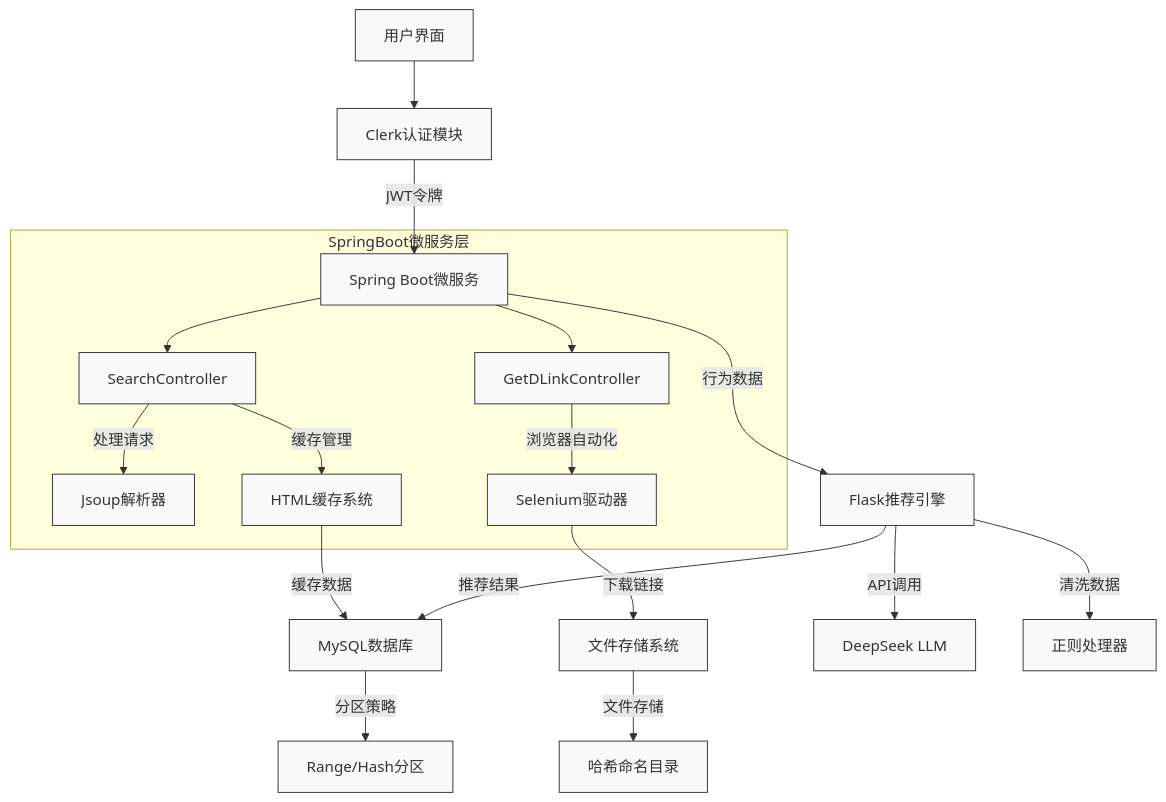
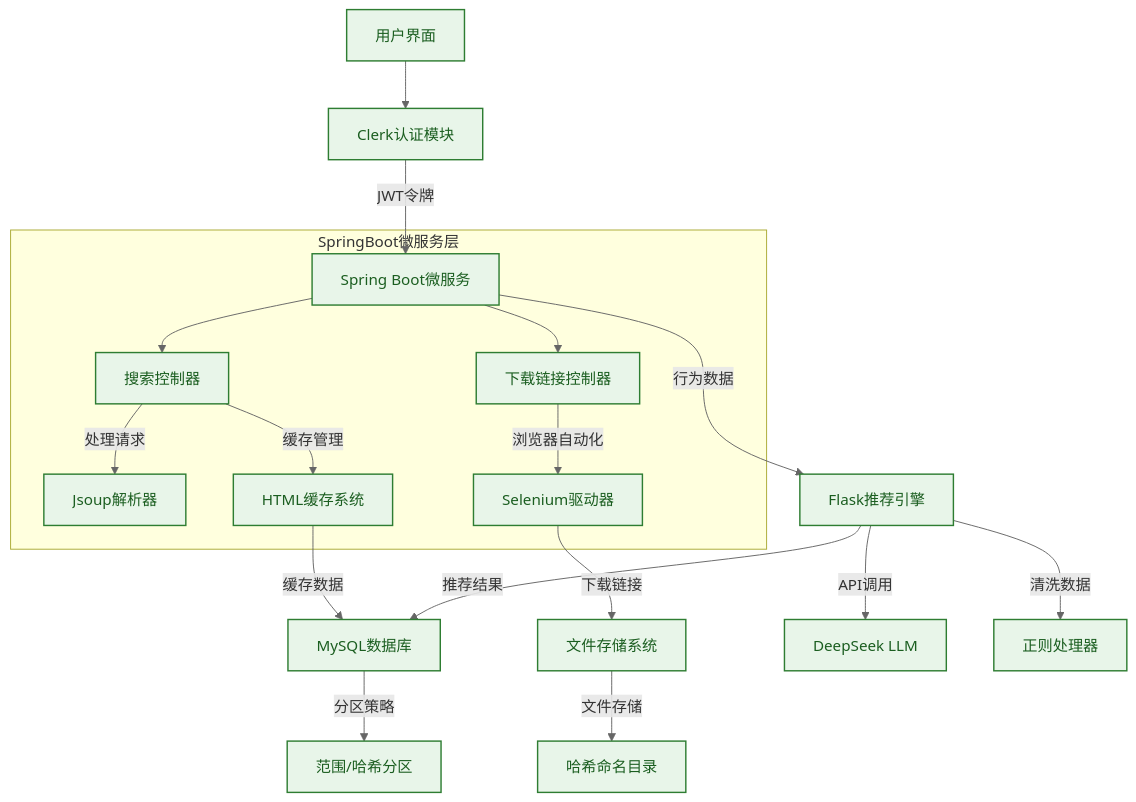
The first of 2 diagrams in README.md (schxar/LibrarySearch), drawn with Mermaid before and after one commit. The commit also changed other lines of this file, not shown here.

````diff
--- a/README.md
+++ b/README.md
@@ -9,28 +9,34 @@
 ```mermaid
+%%{init: {'themeVariables': { 
+    'textColor': '#333',
+    'primaryColor': '#d9e8f5',
+    'lineColor': '#666',
+    'fontFamily': 'Microsoft YaHei'
+}}}%%
 graph TD
     A[用户界面] --> B[Clerk认证模块]
     B -->|JWT令牌| C[Spring Boot微服务]
     
     subgraph SpringBoot微服务层
-        C --> D[SearchController]
-        C --> E[GetDLinkController]
+        C --> D[搜索控制器]
+        C --> E[下载链接控制器]
         D -->|处理请求| F[Jsoup解析器]
         D -->|缓存管理| G[HTML缓存系统]
         E -->|浏览器自动化| H[Selenium驱动器]
     end
     
     G -->|缓存数据| I[MySQL数据库]
     H -->|下载链接| J[文件存储系统]
     
     C -->|行为数据| K[Flask推荐引擎]
     K -->|API调用| L[DeepSeek LLM]
     K -->|推荐结果| I
     K -->|清洗数据| M[正则处理器]
     
-    I -->|分区策略| N[Range/Hash分区]
+    I -->|分区策略| N[范围/哈希分区]
     J -->|文件存储| O[哈希命名目录]
-    
-    classDef box fill:#f9f9f9,stroke:#333,stroke-width:1px;
+
+    classDef box fill:#e8f5e9,stroke:#2e7d32,stroke-width:1.5px,color:#1b5e20;
     class A,B,C,D,E,F,G,H,I,J,K,L,M,N,O box;
 
 ```
````
